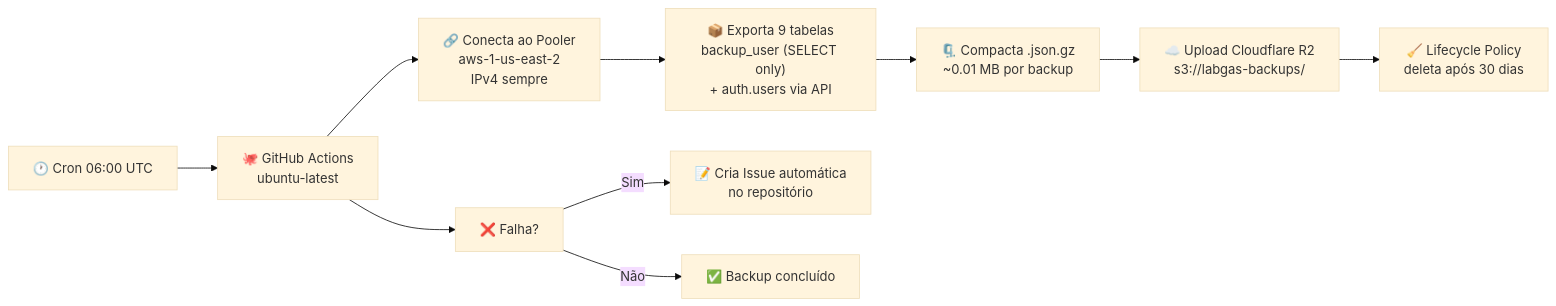
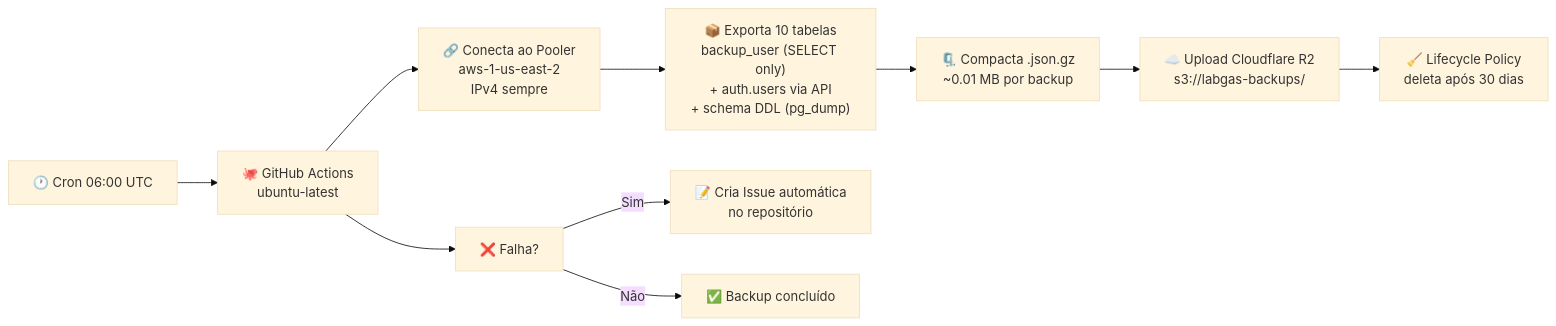
Before and after one commit to cavalcanteprofissional/labgas-manager: the sixth of 6 diagrams in README.MD, drawn with Mermaid (base theme). The commit also changed other lines of this file and 12 other files, not shown here.

````diff
--- a/README.MD
+++ b/README.MD
@@ -902,12 +905,12 @@
 ```mermaid
 flowchart LR
     A["🕐 Cron 06:00 UTC"] --> B["🐙 GitHub Actions<br/>ubuntu-latest"]
     B --> C["🔗 Conecta ao Pooler<br/>aws-1-us-east-2<br/>IPv4 sempre"]
-    C --> D["📦 Exporta 9 tabelas<br/>backup_user (SELECT only)<br/>+ auth.users via API"]
+    C --> D["📦 Exporta 10 tabelas<br/>backup_user (SELECT only)<br/>+ auth.users via API<br/>+ schema DDL (pg_dump)"]
     D --> E["🗜️ Compacta .json.gz<br/>~0.01 MB por backup"]
     E --> F["☁️ Upload Cloudflare R2<br/>s3://labgas-backups/"]
     F --> G["🧹 Lifecycle Policy<br/>deleta após 30 dias"]
     B --> H["❌ Falha?"]
     H -- Sim --> I["📝 Cria Issue automática<br/>no repositório"]
     H -- Não --> J["✅ Backup concluído"]
 ```
````
